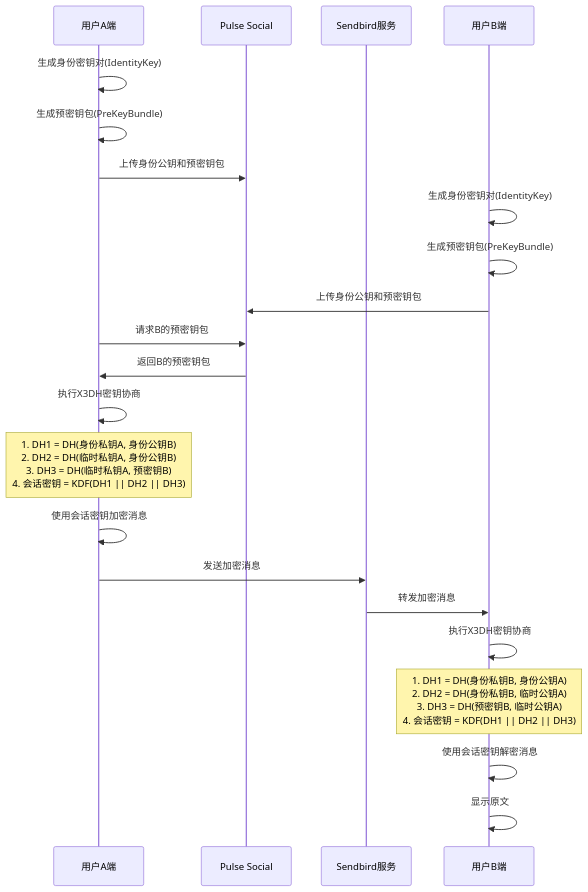
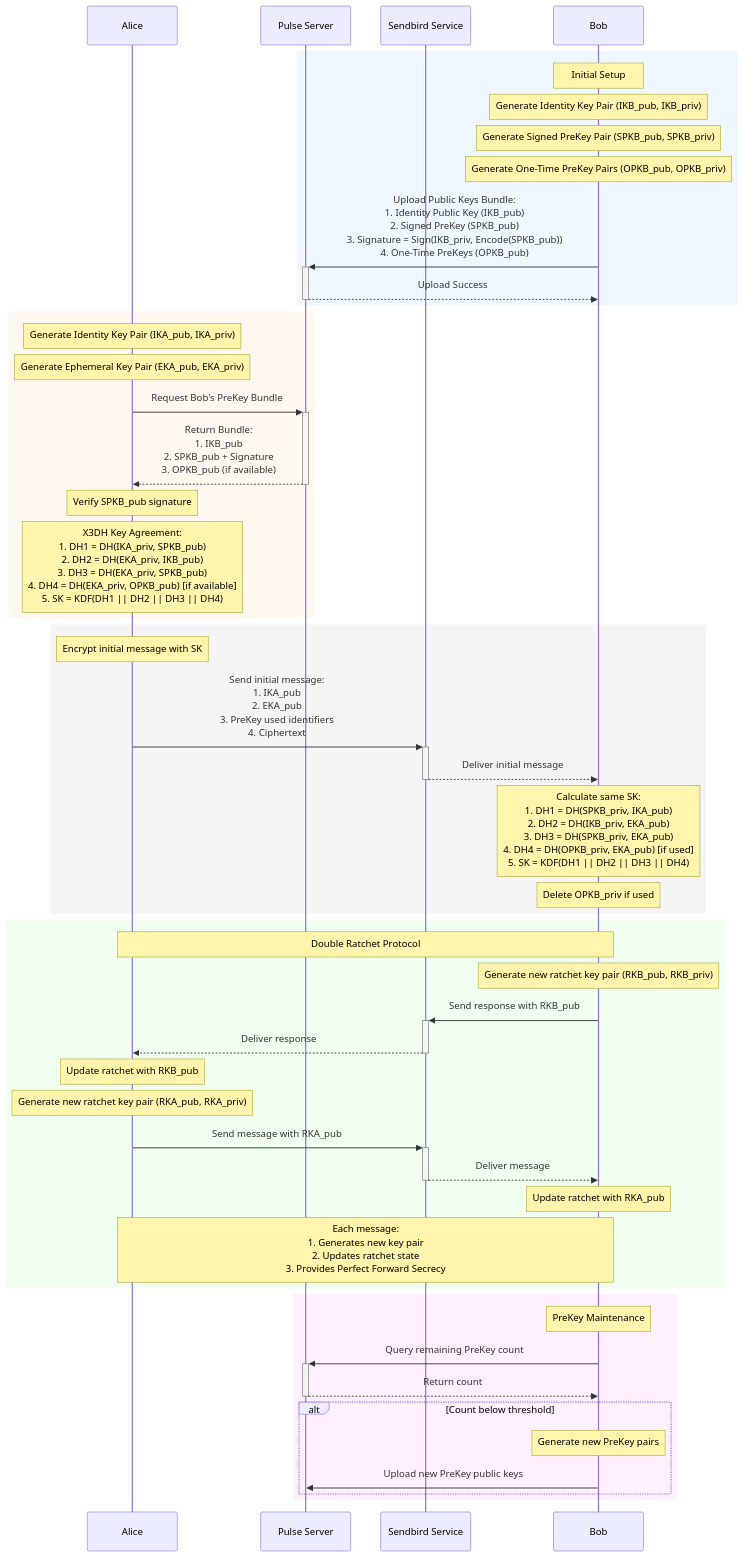
The second of 8 diagrams in docs/pulse-dm.md (usherfly/Signal-Server-main), drawn with Mermaid before and after one commit. The commit also changed other lines of this file and 6 other files, not shown here.

````diff
--- a/docs/pulse-dm.md
+++ b/docs/pulse-dm.md
@@ -139,31 +139,67 @@
 ```mermaid
 sequenceDiagram
-    participant A as 用户A端
-    participant Pulse as Pulse Social
-    participant Sendbird as Sendbird服务
-    participant B as 用户B端
-    
-    %% 初始密钥交换阶段
-    A->>A: 生成身份密钥对(IdentityKey)
-    A->>A: 生成预密钥包(PreKeyBundle)
-    A->>Pulse: 上传身份公钥和预密钥包
-    B->>B: 生成身份密钥对(IdentityKey)
-    B->>B: 生成预密钥包(PreKeyBundle)
-    B->>Pulse: 上传身份公钥和预密钥包
-    
-    %% 会话建立阶段
-    A->>Pulse: 请求B的预密钥包
-    Pulse->>A: 返回B的预密钥包
-    A->>A: 执行X3DH密钥协商
-    Note over A: 1. DH1 = DH(身份私钥A, 身份公钥B)<br/>2. DH2 = DH(临时私钥A, 身份公钥B)<br/>3. DH3 = DH(临时私钥A, 预密钥B)<br/>4. 会话密钥 = KDF(DH1 || DH2 || DH3)
-    
-    %% 消息发送阶段
-    A->>A: 使用会话密钥加密消息
-    A->>Sendbird: 发送加密消息
-    
-    Sendbird->>B: 转发加密消息
-    B->>B: 执行X3DH密钥协商
-    Note over B: 1. DH1 = DH(身份私钥B, 身份公钥A)<br/>2. DH2 = DH(身份私钥B, 临时公钥A)<br/>3. DH3 = DH(预密钥B, 临时公钥A)<br/>4. 会话密钥 = KDF(DH1 || DH2 || DH3)
-    B->>B: 使用会话密钥解密消息
-    B->>B: 显示原文
+    participant Alice as Alice
+    participant Server as Pulse Server
+    participant Sendbird as Sendbird Service
+    participant Bob as Bob
+
+    %% Initial Setup Phase
+    rect rgb(240, 248, 255)
+        Note over Bob: Initial Setup
+        Note over Bob: Generate Identity Key Pair (IKB_pub, IKB_priv)
+        Note over Bob: Generate Signed PreKey Pair (SPKB_pub, SPKB_priv)
+        Note over Bob: Generate One-Time PreKey Pairs (OPKB_pub, OPKB_priv)
+        Bob->>+Server: Upload Public Keys Bundle:<br/>1. Identity Public Key (IKB_pub)<br/>2. Signed PreKey (SPKB_pub)<br/>3. Signature = Sign(IKB_priv, Encode(SPKB_pub))<br/>4. One-Time PreKeys (OPKB_pub)
+        Server-->>-Bob: Upload Success
+    end
+
+    %% Session Establishment Phase
+    rect rgb(255, 248, 240)
+        Note over Alice: Generate Identity Key Pair (IKA_pub, IKA_priv)
+        Note over Alice: Generate Ephemeral Key Pair (EKA_pub, EKA_priv)
+        Alice->>+Server: Request Bob's PreKey Bundle
+        Server-->>-Alice: Return Bundle:<br/>1. IKB_pub<br/>2. SPKB_pub + Signature<br/>3. OPKB_pub (if available)
+        
+        Note over Alice: Verify SPKB_pub signature
+        
+        Note over Alice: X3DH Key Agreement:<br/>1. DH1 = DH(IKA_priv, SPKB_pub)<br/>2. DH2 = DH(EKA_priv, IKB_pub)<br/>3. DH3 = DH(EKA_priv, SPKB_pub)<br/>4. DH4 = DH(EKA_priv, OPKB_pub) [if available]<br/>5. SK = KDF(DH1 || DH2 || DH3 || DH4)
+    end
+
+    %% Initial Message Phase
+    rect rgb(245, 245, 245)
+        Note over Alice: Encrypt initial message with SK
+        Alice->>+Sendbird: Send initial message:<br/>1. IKA_pub<br/>2. EKA_pub<br/>3. PreKey used identifiers<br/>4. Ciphertext
+        Sendbird-->>-Bob: Deliver initial message
+        
+        Note over Bob: Calculate same SK:<br/>1. DH1 = DH(SPKB_priv, IKA_pub)<br/>2. DH2 = DH(IKB_priv, EKA_pub)<br/>3. DH3 = DH(SPKB_priv, EKA_pub)<br/>4. DH4 = DH(OPKB_priv, EKA_pub) [if used]<br/>5. SK = KDF(DH1 || DH2 || DH3 || DH4)
+        Note over Bob: Delete OPKB_priv if used
+    end
+
+    %% Bidirectional Communication Phase
+    rect rgb(240, 255, 240)
+        Note over Alice,Bob: Double Ratchet Protocol
+        
+        Note over Bob: Generate new ratchet key pair (RKB_pub, RKB_priv)
+        Bob->>+Sendbird: Send response with RKB_pub
+        Sendbird-->>-Alice: Deliver response
+        Note over Alice: Update ratchet with RKB_pub
+        
+        Note over Alice: Generate new ratchet key pair (RKA_pub, RKA_priv)
+        Alice->>+Sendbird: Send message with RKA_pub
+        Sendbird-->>-Bob: Deliver message
+        Note over Bob: Update ratchet with RKA_pub
+        
+        Note over Alice,Bob: Each message:<br/>1. Generates new key pair<br/>2. Updates ratchet state<br/>3. Provides Perfect Forward Secrecy
+    end
+
+    %% PreKey Maintenance Phase
+    rect rgb(255, 240, 255)
+        Note over Bob: PreKey Maintenance
+        Bob->>+Server: Query remaining PreKey count
+        Server-->>-Bob: Return count
+        alt Count below threshold
+            Note over Bob: Generate new PreKey pairs
+            Bob->>Server: Upload new PreKey public keys
+        end
+    end
 ```
````
